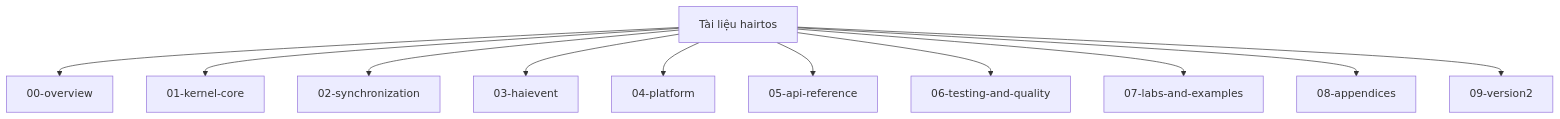
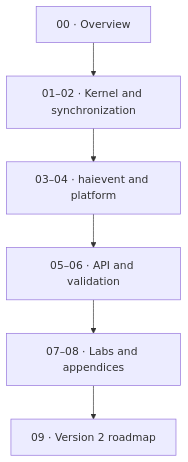
The diagram in docs/README.md (haikevins/hairtos), drawn with Mermaid before and after one commit. The commit also changed other lines of this file and 82 other files, not shown here.

````diff
--- a/docs/README.md
+++ b/docs/README.md
@@ -18,14 +18,8 @@
 ```mermaid
-flowchart TD
-    ROOT["Tài liệu hairtos"]
-    ROOT --> N0["00-overview"]
-    ROOT --> N1["01-kernel-core"]
-    ROOT --> N2["02-synchronization"]
-    ROOT --> N3["03-haievent"]
-    ROOT --> N4["04-platform"]
-    ROOT --> N5["05-api-reference"]
-    ROOT --> N6["06-testing-and-quality"]
-    ROOT --> N7["07-labs-and-examples"]
-    ROOT --> N8["08-appendices"]
-    ROOT --> N9["09-version2"]
+flowchart TB
+    D0["00 · Overview"] --> D1["01–02 · Kernel and synchronization"]
+    D1 --> D2["03–04 · haievent and platform"]
+    D2 --> D3["05–06 · API and validation"]
+    D3 --> D4["07–08 · Labs and appendices"]
+    D4 --> D5["09 · Version 2 roadmap"]
 ```
````
